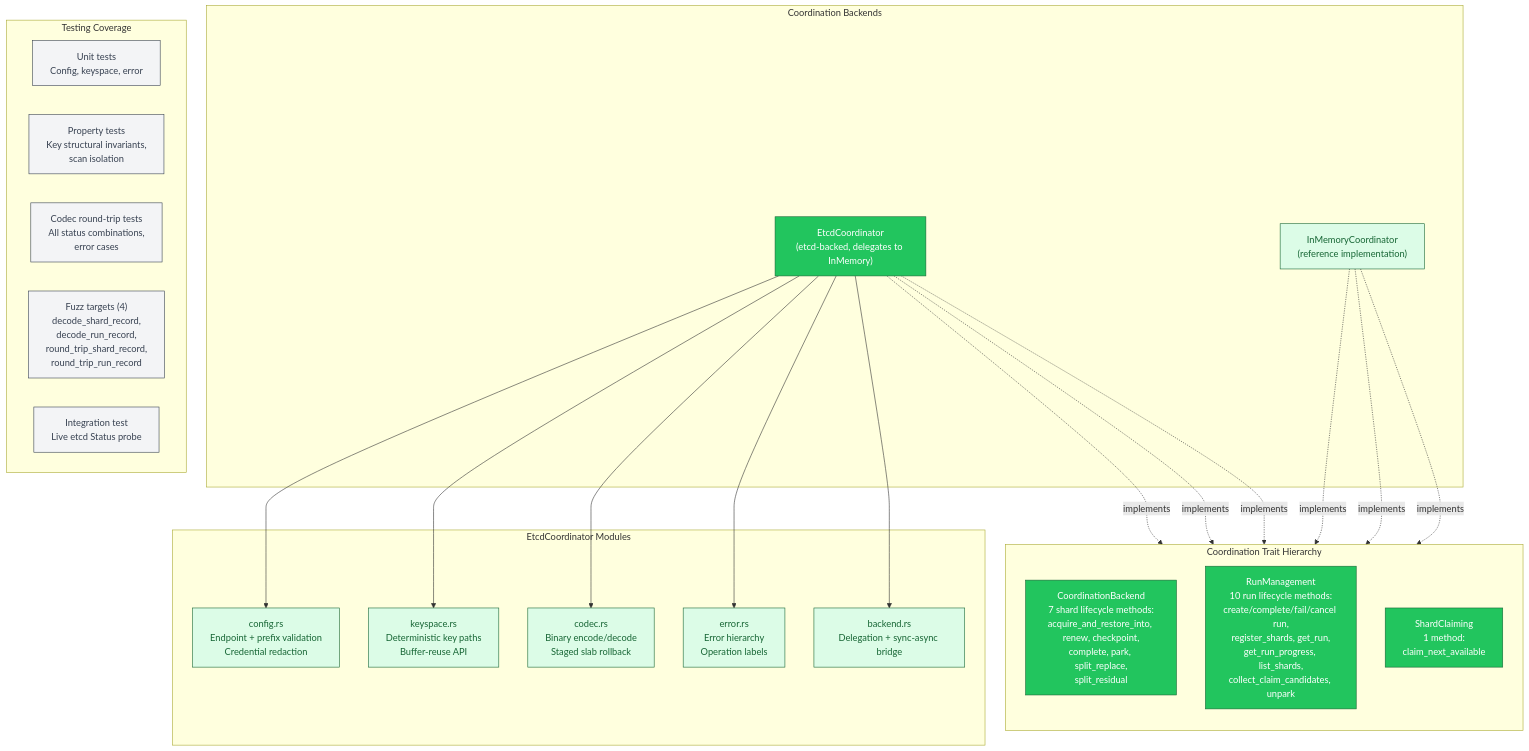
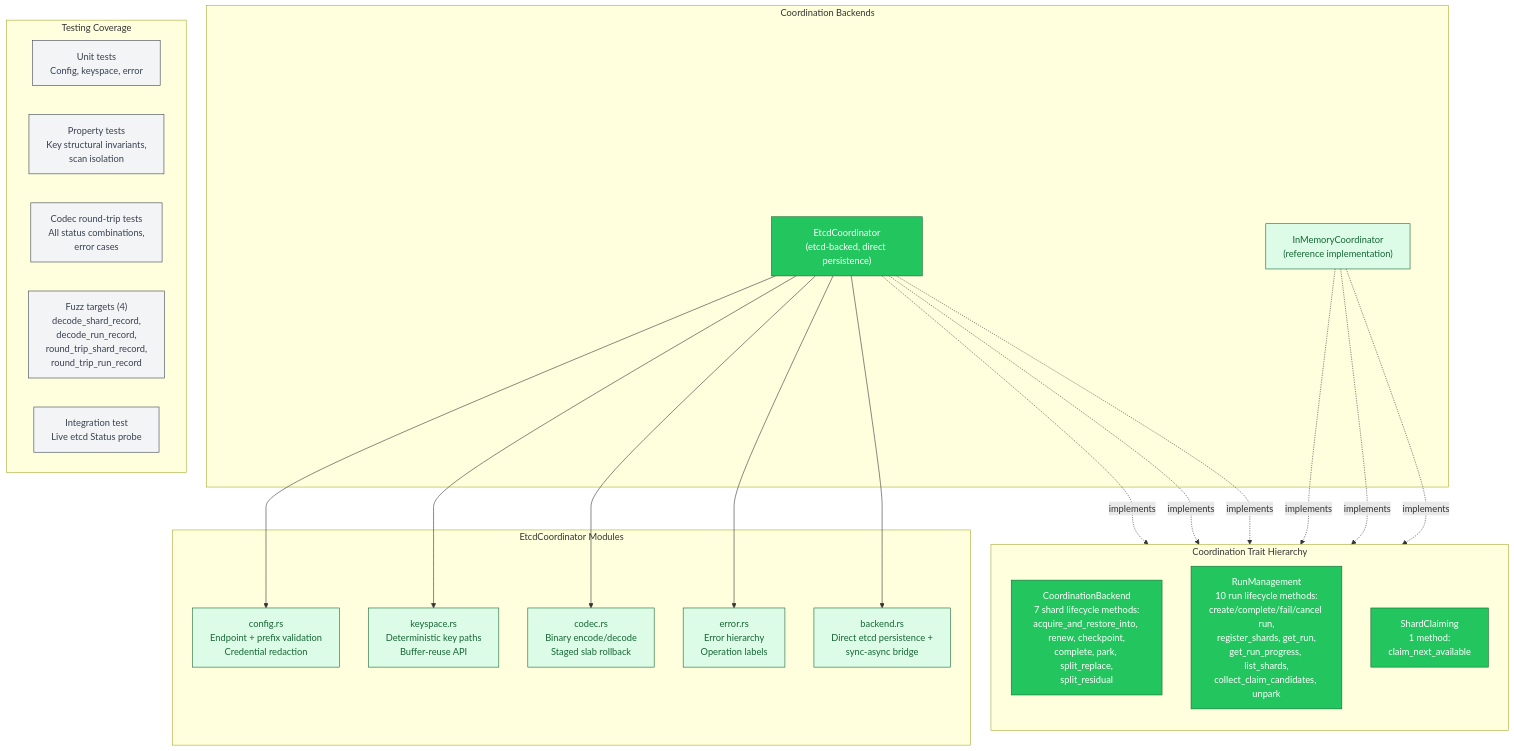
Before and after one commit to ahrav/Gossip-rs: the sixth of 6 diagrams in diagrams/20-etcd-coordinator-persistence.md, drawn with Mermaid. The commit also changed other lines of this file and 10 other files, not shown here.

First line of the commit message:
Remove line numbers from diagram code reference tables

````diff
--- a/diagrams/20-etcd-coordinator-persistence.md
+++ b/diagrams/20-etcd-coordinator-persistence.md
@@ -409,64 +409,64 @@
 ```mermaid
 %% Diagram: etcd-trait-integration
 graph TB
     subgraph traits ["Coordination Trait Hierarchy"]
         direction TB
         CB_TRAIT["CoordinationBackend<br/>7 shard lifecycle methods:<br/>acquire_and_restore_into, renew, checkpoint,<br/>complete, park, split_replace,<br/>split_residual"]
         RM_TRAIT["RunManagement<br/>10 run lifecycle methods:<br/>create/complete/fail/cancel run,<br/>register_shards, get_run,<br/>get_run_progress, list_shards,<br/>collect_claim_candidates, unpark"]
         SC_TRAIT["ShardClaiming<br/>1 method:<br/>claim_next_available"]
     end
 
     subgraph backends ["Coordination Backends"]
         INMEM_BACK["InMemoryCoordinator<br/>(reference implementation)"]
-        ETCD_BACK["EtcdCoordinator<br/>(etcd-backed, delegates to InMemory)"]
+        ETCD_BACK["EtcdCoordinator<br/>(etcd-backed, direct persistence)"]
     end
 
     subgraph etcd_modules ["EtcdCoordinator Modules"]
         MOD_CONFIG["config.rs<br/>Endpoint + prefix validation<br/>Credential redaction"]
         MOD_KS["keyspace.rs<br/>Deterministic key paths<br/>Buffer-reuse API"]
         MOD_CODEC["codec.rs<br/>Binary encode/decode<br/>Staged slab rollback"]
         MOD_ERR["error.rs<br/>Error hierarchy<br/>Operation labels"]
-        MOD_BACK["backend.rs<br/>Delegation + sync-async bridge"]
+        MOD_BACK["backend.rs<br/>Direct etcd persistence +<br/>sync-async bridge"]
     end
 
     subgraph testing ["Testing Coverage"]
         UNIT["Unit tests<br/>Config, keyspace, error"]
         PROP["Property tests<br/>Key structural invariants,<br/>scan isolation"]
         CODEC_TEST["Codec round-trip tests<br/>All status combinations,<br/>error cases"]
         FUZZ["Fuzz targets (4)<br/>decode_shard_record,<br/>decode_run_record,<br/>round_trip_shard_record,<br/>round_trip_run_record"]
         INTEG["Integration test<br/>Live etcd Status probe"]
     end
 
     INMEM_BACK -.->|"implements"| CB_TRAIT
     INMEM_BACK -.->|"implements"| RM_TRAIT
     INMEM_BACK -.->|"implements"| SC_TRAIT
 
     ETCD_BACK -.->|"implements"| CB_TRAIT
     ETCD_BACK -.->|"implements"| RM_TRAIT
     ETCD_BACK -.->|"implements"| SC_TRAIT
 
     ETCD_BACK --> MOD_CONFIG
     ETCD_BACK --> MOD_KS
     ETCD_BACK --> MOD_CODEC
     ETCD_BACK --> MOD_ERR
     ETCD_BACK --> MOD_BACK
 
     style CB_TRAIT fill:#22C55E,stroke:#166534,color:#FFF
     style RM_TRAIT fill:#22C55E,stroke:#166534,color:#FFF
     style SC_TRAIT fill:#22C55E,stroke:#166534,color:#FFF
 
     style INMEM_BACK fill:#DCFCE7,stroke:#166534,color:#166534
     style ETCD_BACK fill:#22C55E,stroke:#166534,color:#FFF
 
     style MOD_CONFIG fill:#DCFCE7,stroke:#166534,color:#166534
     style MOD_KS fill:#DCFCE7,stroke:#166534,color:#166534
     style MOD_CODEC fill:#DCFCE7,stroke:#166534,color:#166534
     style MOD_ERR fill:#DCFCE7,stroke:#166534,color:#166534
     style MOD_BACK fill:#DCFCE7,stroke:#166534,color:#166534
 
     style UNIT fill:#F3F4F6,stroke:#374151,color:#374151
     style PROP fill:#F3F4F6,stroke:#374151,color:#374151
     style CODEC_TEST fill:#F3F4F6,stroke:#374151,color:#374151
     style FUZZ fill:#F3F4F6,stroke:#374151,color:#374151
     style INTEG fill:#F3F4F6,stroke:#374151,color:#374151
 ```
````
